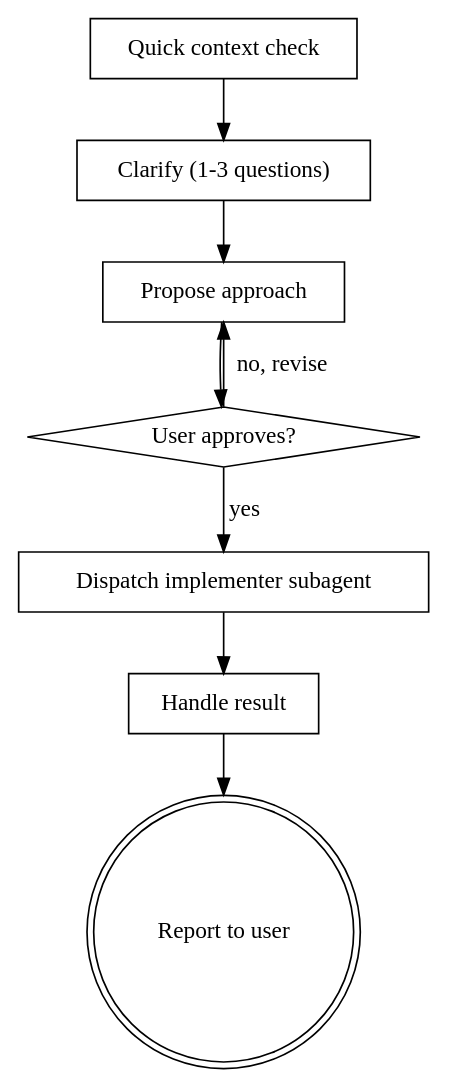
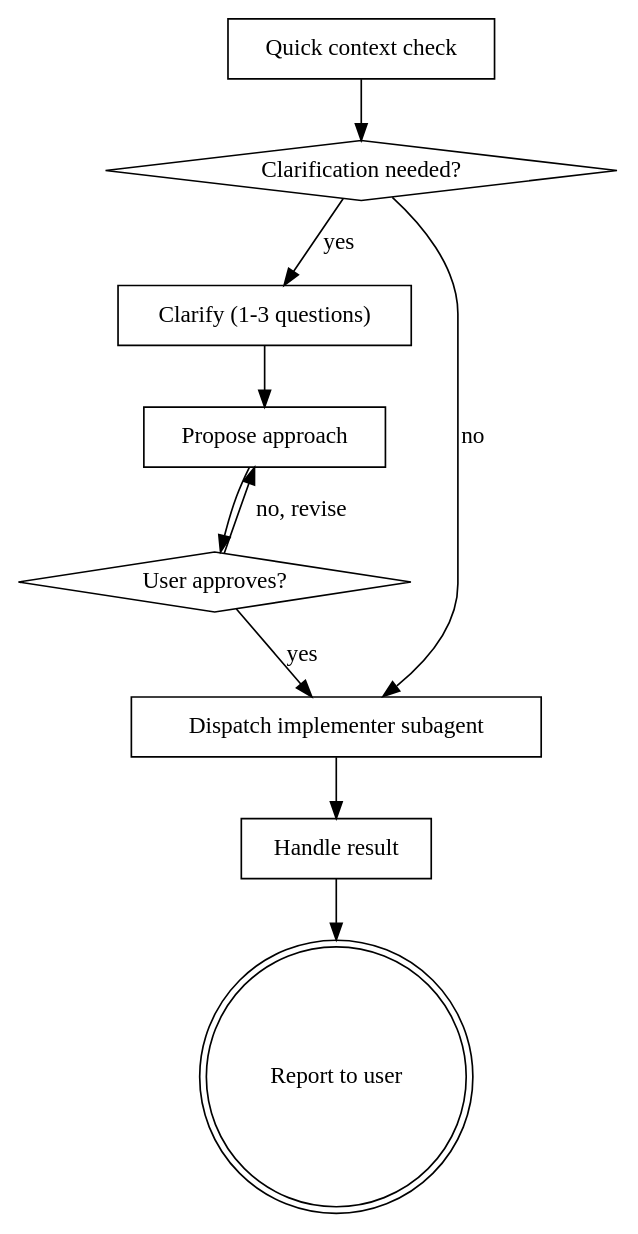
One commit to mattdrose/skills changed the diagram in skills/chuck/SKILL.md. Above: the diagram before and after it, drawn with Graphviz. The commit also changed other lines of this file and 1 other file, not shown here.

Commit message:
Chuck goes straight to implementation when no clarification needed

````diff
--- a/skills/chuck/SKILL.md
+++ b/skills/chuck/SKILL.md
@@ -41,19 +40,22 @@
 ```dot
 digraph chuck {
     "Quick context check" [shape=box];
+    "Clarification needed?" [shape=diamond];
     "Clarify (1-3 questions)" [shape=box];
     "Propose approach" [shape=box];
     "User approves?" [shape=diamond];
     "Dispatch implementer subagent" [shape=box];
     "Handle result" [shape=box];
     "Report to user" [shape=doublecircle];
 
-    "Quick context check" -> "Clarify (1-3 questions)";
+    "Quick context check" -> "Clarification needed?";
+    "Clarification needed?" -> "Dispatch implementer subagent" [label="no"];
+    "Clarification needed?" -> "Clarify (1-3 questions)" [label="yes"];
     "Clarify (1-3 questions)" -> "Propose approach";
     "Propose approach" -> "User approves?";
     "User approves?" -> "Propose approach" [label="no, revise"];
     "User approves?" -> "Dispatch implementer subagent" [label="yes"];
     "Dispatch implementer subagent" -> "Handle result";
     "Handle result" -> "Report to user";
 }
 ```
````
